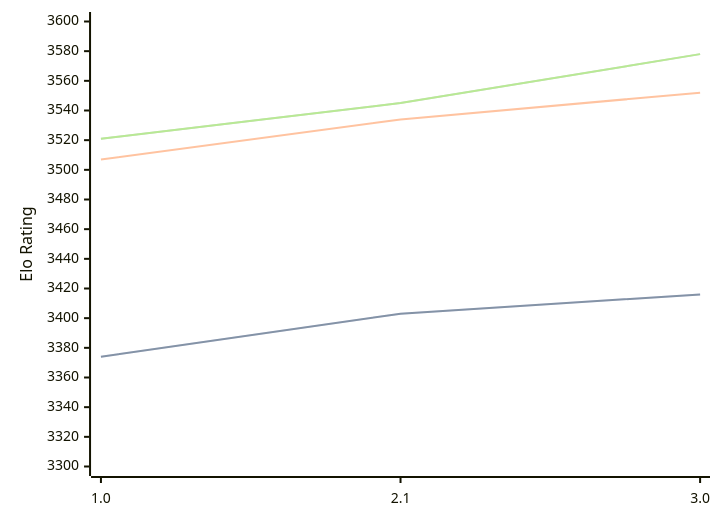
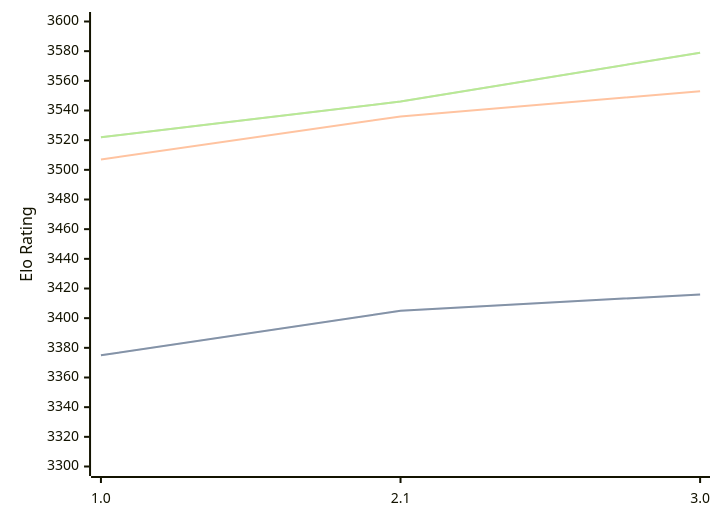
The diagram in engines/Hobbes.md (computer-chess-index/cci), drawn with Mermaid before and after one commit. The commit also changed other lines of this file, not shown here.

Commit message:
Update CCI Ratings (ELO VLTC) - 2026-09-07

````diff
--- a/engines/Hobbes.md
+++ b/engines/Hobbes.md
@@ -33,11 +33,11 @@
 ```mermaid
 %%{init: {"theme":"base","themeVariables":{"seriesColors:['#a3a3a3','#222221','#faa371']}}}%%
 xychart-beta
   x-axis ["1.0", "2.1", "3.0"]
   y-axis "Elo Rating" 3300 --> 3600
-  line "" [3374, 3403, 3416]
-  line "STC (8.0+0.08s)" [3374, 3403, 3416]
-  line "LTC (60.0+0.60s)" [3507, 3534, 3552]
-  line "" [3521, 3545, 3578]
-  line "VLTC (2m24s+1.12s)" [3521, 3545, 3578]
+  line "" [3375, 3405, 3416]
+  line "STC (8.0+0.08s)" [3375, 3405, 3416]
+  line "LTC (60.0+0.60s)" [3507, 3536, 3553]
+  line "" [3522, 3546, 3579]
+  line "VLTC (2m24s+1.12s)" [3522, 3546, 3579]
 ```
````
